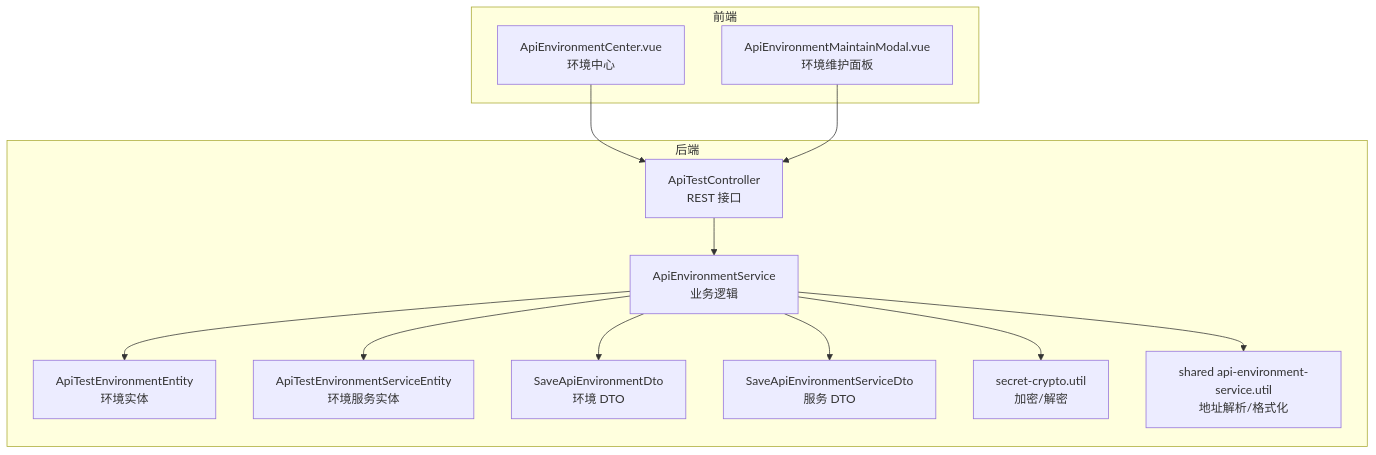
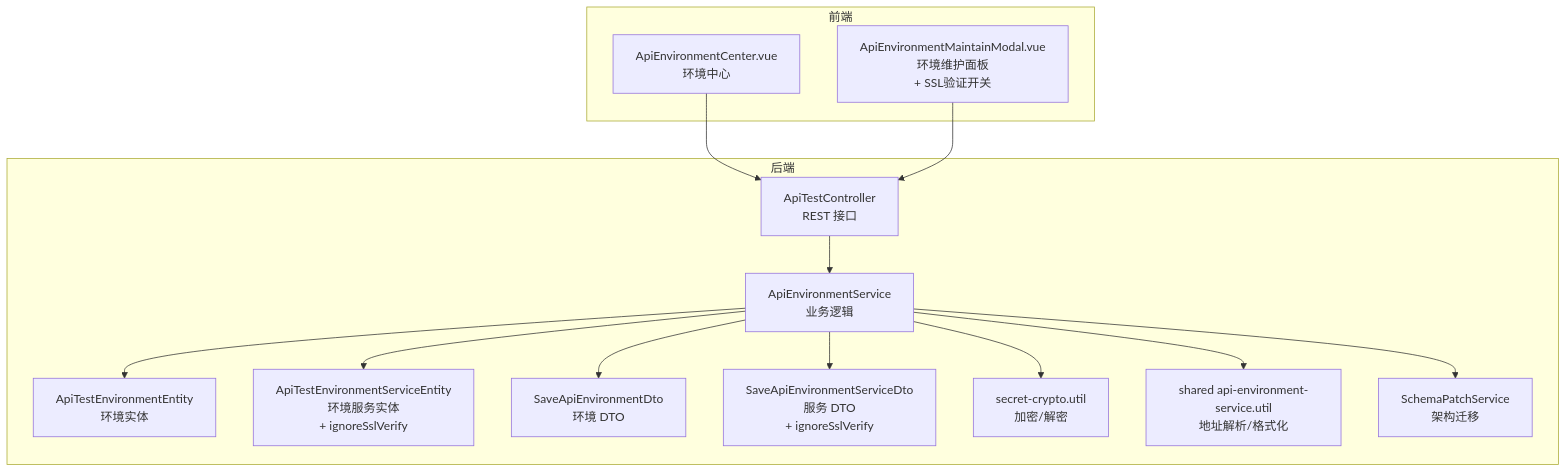
The first of 6 diagrams in .qoder/repowiki/zh/content/API 参考文档/API 测试 API/环境配置管理.md (Lichhu/caseForge), drawn with Mermaid before and after one commit. The commit also changed other lines of this file and 8 other files, not shown here.

````diff
--- a/.qoder/repowiki/zh/content/API 参考文档/API 测试 API/环境配置管理.md
+++ b/.qoder/repowiki/zh/content/API 参考文档/API 测试 API/环境配置管理.md
@@ -41,26 +52,28 @@
 ```mermaid
 graph TB
 subgraph "后端"
 C["ApiTestController<br/>REST 接口"]
 S["ApiEnvironmentService<br/>业务逻辑"]
 E["ApiTestEnvironmentEntity<br/>环境实体"]
-ES["ApiTestEnvironmentServiceEntity<br/>环境服务实体"]
+ES["ApiTestEnvironmentServiceEntity<br/>环境服务实体<br/>+ ignoreSslVerify"]
 D1["SaveApiEnvironmentDto<br/>环境 DTO"]
-D2["SaveApiEnvironmentServiceDto<br/>服务 DTO"]
+D2["SaveApiEnvironmentServiceDto<br/>服务 DTO<br/>+ ignoreSslVerify"]
 U["secret-crypto.util<br/>加密/解密"]
 X["shared api-environment-service.util<br/>地址解析/格式化"]
+SP["SchemaPatchService<br/>架构迁移"]
 end
 subgraph "前端"
 W1["ApiEnvironmentCenter.vue<br/>环境中心"]
-W2["ApiEnvironmentMaintainModal.vue<br/>环境维护面板"]
+W2["ApiEnvironmentMaintainModal.vue<br/>环境维护面板<br/>+ SSL验证开关"]
 end
 W1 --> C
 W2 --> C
 C --> S
 S --> E
 S --> ES
 S --> U
 S --> X
 S --> D1
 S --> D2
+S --> SP
 ```
````
